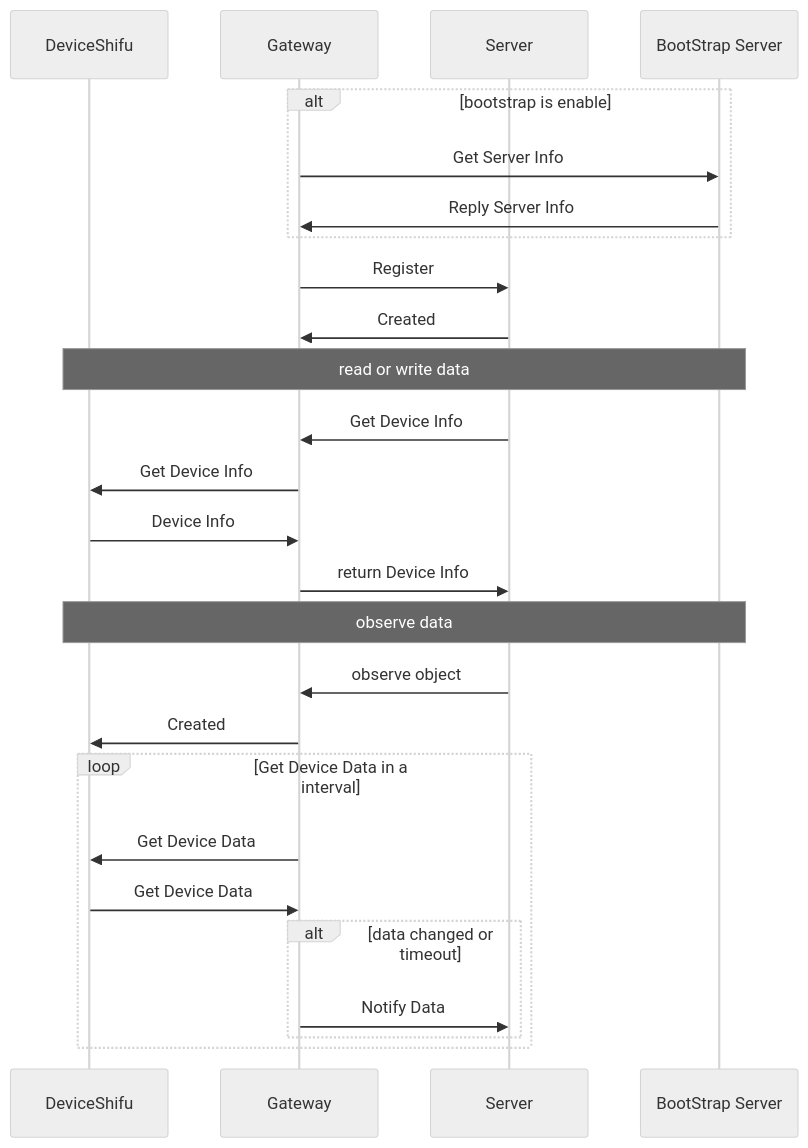
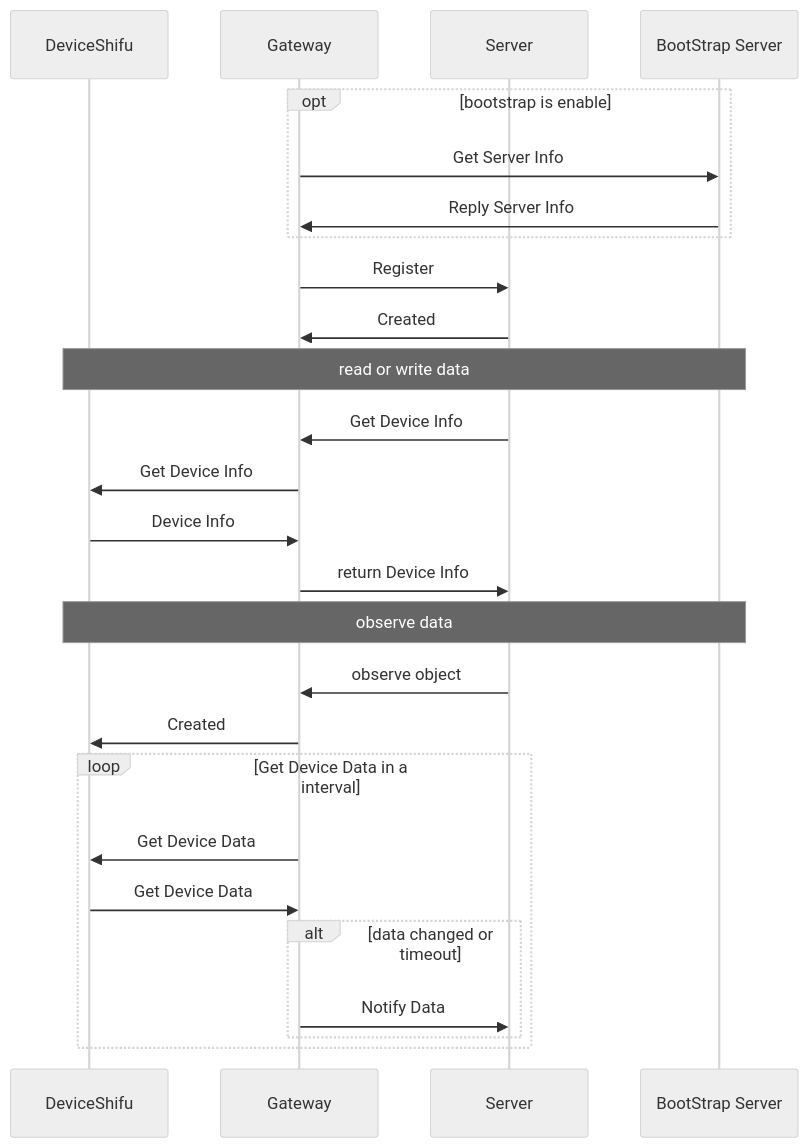
One commit to Edgenesis/shifu changed the second of 2 diagrams in docs/design/gateway/lwM2M-gateway.md. Above: the diagram before and after it, drawn with Mermaid (neutral theme). The commit also changed other lines of this file, not shown here.

````diff
--- a/docs/design/gateway/lwM2M-gateway.md
+++ b/docs/design/gateway/lwM2M-gateway.md
@@ -82,33 +76,33 @@
 ```mermaid
 sequenceDiagram
    participant ds as DeviceShifu
    participant gw as Gateway
    participant s as Server
    participant bs as BootStrap Server
 
-   alt bootstrap is enable
+   opt bootstrap is enable
    gw ->> bs: Get Server Info
    bs ->> gw: Reply Server Info
    end
 
    gw ->> s: Register
    s ->> gw: Created
 
    note over ds,bs: read or write data
    s ->> gw: Get Device Info
    gw ->> ds: Get Device Info
    ds ->> gw: Device Info
    gw ->> s: return Device Info
 
    note over ds,bs: observe data
    s ->> gw: observe object
    gw ->> ds: Created
    loop Get Device Data in a interval
       gw ->> ds: Get Device Data
       ds ->> gw: Get Device Data
       alt data changed or timeout
          gw ->> s: Notify Data
       end
    end
 
 ```
````
